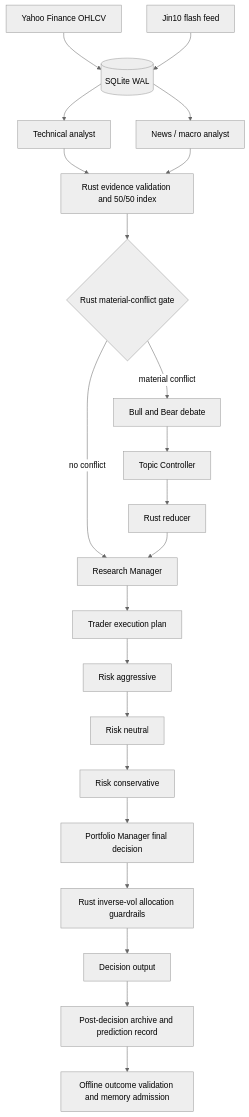
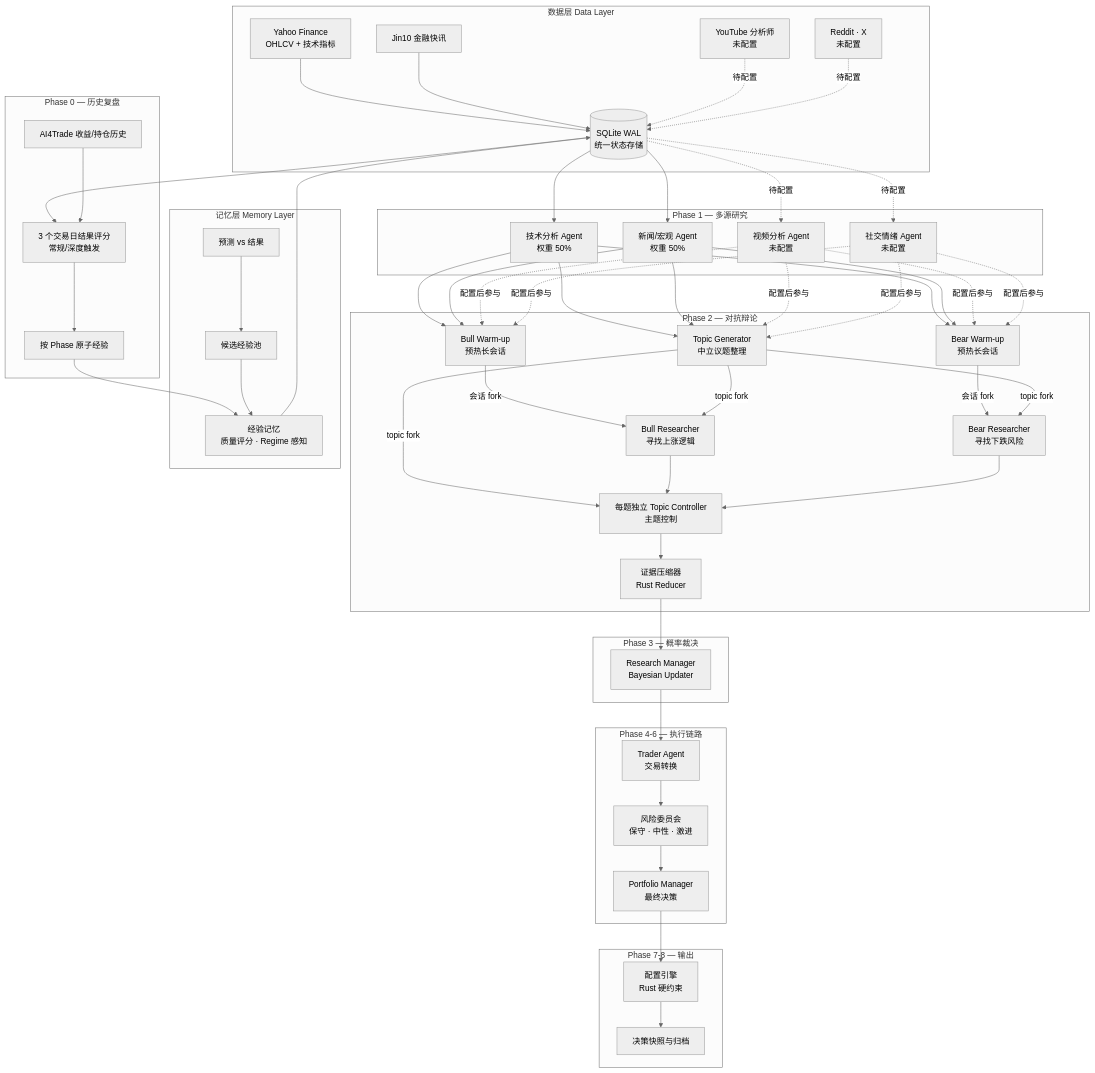
The diagram in README.md (alixeu/akzio-signal-intelligence), drawn with Mermaid (neutral theme) before and after one commit. The commit also changed other lines of this file and 72 other files, not shown here.

````diff
--- a/README.md
+++ b/README.md
@@ -18,24 +21,81 @@
 ```mermaid
-flowchart TD
-    Y[Yahoo Finance OHLCV] --> DB[(SQLite WAL)]
-    J[Jin10 flash feed] --> DB
-    DB --> T[Technical analyst]
-    DB --> N[News / macro analyst]
-    T --> I[Rust evidence validation and 50/50 index]
-    N --> I
-    I --> C{Rust material-conflict gate}
-    C -->|no conflict| M[Research Manager]
-    C -->|material conflict| B[Bull and Bear debate]
-    B --> TC[Topic Controller]
-    TC --> R[Rust reducer]
-    R --> M
-    M --> TR[Trader execution plan]
-    TR --> AG[Risk aggressive]
-    AG --> NE[Risk neutral]
-    NE --> CO[Risk conservative]
-    CO --> P[Portfolio Manager final decision]
-    P --> A[Rust inverse-vol allocation guardrails]
-    A --> O[Decision output]
-    O --> REF[Post-decision archive and prediction record]
-    REF --> MEM[Offline outcome validation and memory admission]
+graph TD
+    subgraph "数据层 Data Layer"
+        YAHOO[Yahoo Finance<br/>OHLCV + 技术指标]
+        JIN10[Jin10 金融快讯]
+        YT[YouTube 分析师<br/>未配置]
+        SOCIAL[Reddit · X<br/>未配置]
+        SQL[(SQLite WAL<br/>统一状态存储)]
+    end
+
+    subgraph "Phase 1 — 多源研究"
+        TA[技术分析 Agent<br/>权重 50%]
+        NA[新闻/宏观 Agent<br/>权重 50%]
+        YA[视频分析 Agent<br/>未配置]
+        SA[社交情绪 Agent<br/>未配置]
+    end
+
+    subgraph "Phase 0 — 历史复盘"
+        HIST[AI4Trade 收益/持仓历史]
+        SCORE[3 个交易日结果评分<br/>常规/深度触发]
+        EXP[按 Phase 原子经验]
+    end
+
+    subgraph "Phase 2 — 对抗辩论"
+        TG[Topic Generator<br/>中立议题整理]
+        BW[Bull Warm-up<br/>预热长会话]
+        BEW[Bear Warm-up<br/>预热长会话]
+        BULL[Bull Researcher<br/>寻找上涨逻辑]
+        BEAR[Bear Researcher<br/>寻找下跌风险]
+        TC[每题独立 Topic Controller<br/>主题控制]
+        RED[证据压缩器<br/>Rust Reducer]
+    end
+
+    subgraph "Phase 3 — 概率裁决"
+        RM[Research Manager<br/>Bayesian Updater]
+    end
+
+    subgraph "Phase 4-6 — 执行链路"
+        TR[Trader Agent<br/>交易转换]
+        RISK[风险委员会<br/>保守 · 中性 · 激进]
+        PM[Portfolio Manager<br/>最终决策]
+    end
+
+    subgraph "Phase 7-8 — 输出"
+        ALLOC[配置引擎<br/>Rust 硬约束]
+        REF[决策快照与归档]
+    end
+
+    subgraph "记忆层 Memory Layer"
+        MEM[经验记忆<br/>质量评分 · Regime 感知]
+        CAND[候选经验池]
+        OUT[预测 vs 结果]
+    end
+
+    YAHOO --> SQL
+    JIN10 --> SQL
+    SQL --> SCORE
+    HIST --> SCORE
+    SCORE --> EXP
+    EXP --> MEM
+    YT -. 待配置 .-> SQL
+    SOCIAL -. 待配置 .-> SQL
+    SQL --> TA & NA
+    SQL -. 待配置 .-> YA & SA
+    TA & NA --> TG & BW & BEW
+    YA & SA -. 配置后参与 .-> TG & BW & BEW
+    BW -->|会话 fork| BULL
+    BEW -->|会话 fork| BEAR
+    TG -->|topic fork| BULL & BEAR & TC
+    BULL & BEAR --> TC
+    TC --> RED
+    RED --> RM
+    RM --> TR
+    TR --> RISK
+    RISK --> PM
+    PM --> ALLOC
+    ALLOC --> REF
+    OUT --> CAND
+    CAND --> MEM
+    MEM --> SQL
 ```
````
